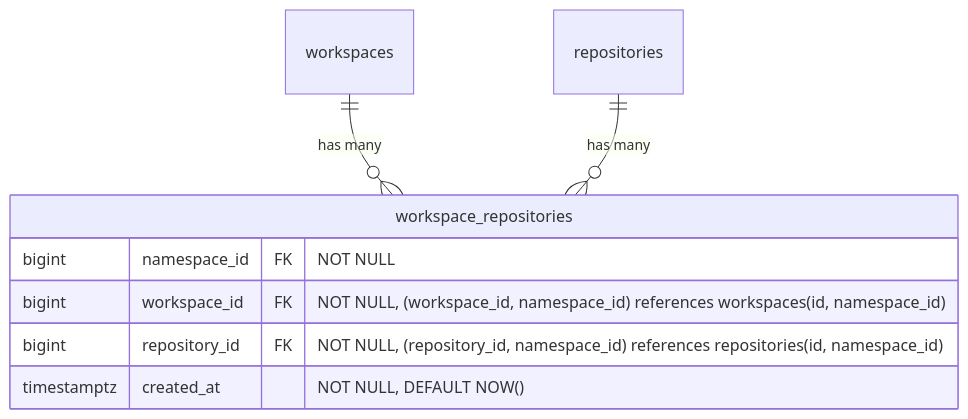
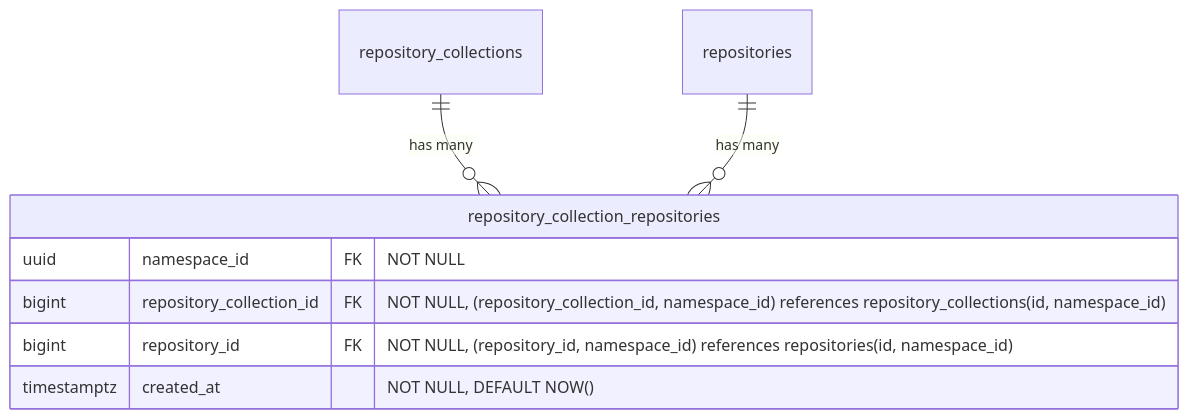
The fourth of 17 diagrams in content/handbook/engineering/architecture/design-documents/artifact_registry/decisions/007_database_schema.md (kyama0/gitlab-handbook-ja), drawn with Mermaid before and after one commit. The commit also changed other lines of this file and 10 other files, not shown here.

Commit message:
translation: update 10 modified engineering architecture artifact_registry + ai editor-extensions files

````diff
--- a/content/handbook/engineering/architecture/design-documents/artifact_registry/decisions/007_database_schema.md
+++ b/content/handbook/engineering/architecture/design-documents/artifact_registry/decisions/007_database_schema.md
@@ -212,12 +212,12 @@
 ```mermaid
 erDiagram
-    workspaces ||--o{ workspace_repositories : "has many"
-    repositories ||--o{ workspace_repositories : "has many"
+    repository_collections ||--o{ repository_collection_repositories : "has many"
+    repositories ||--o{ repository_collection_repositories : "has many"
 
-    workspace_repositories {
-        bigint namespace_id FK "NOT NULL"
-        bigint workspace_id FK "NOT NULL, (workspace_id, namespace_id) references workspaces(id, namespace_id)"
+    repository_collection_repositories {
+        uuid namespace_id FK "NOT NULL"
+        bigint repository_collection_id FK "NOT NULL, (repository_collection_id, namespace_id) references repository_collections(id, namespace_id)"
         bigint repository_id FK "NOT NULL, (repository_id, namespace_id) references repositories(id, namespace_id)"
         timestamptz created_at "NOT NULL, DEFAULT NOW()"
     }
 ```
````
